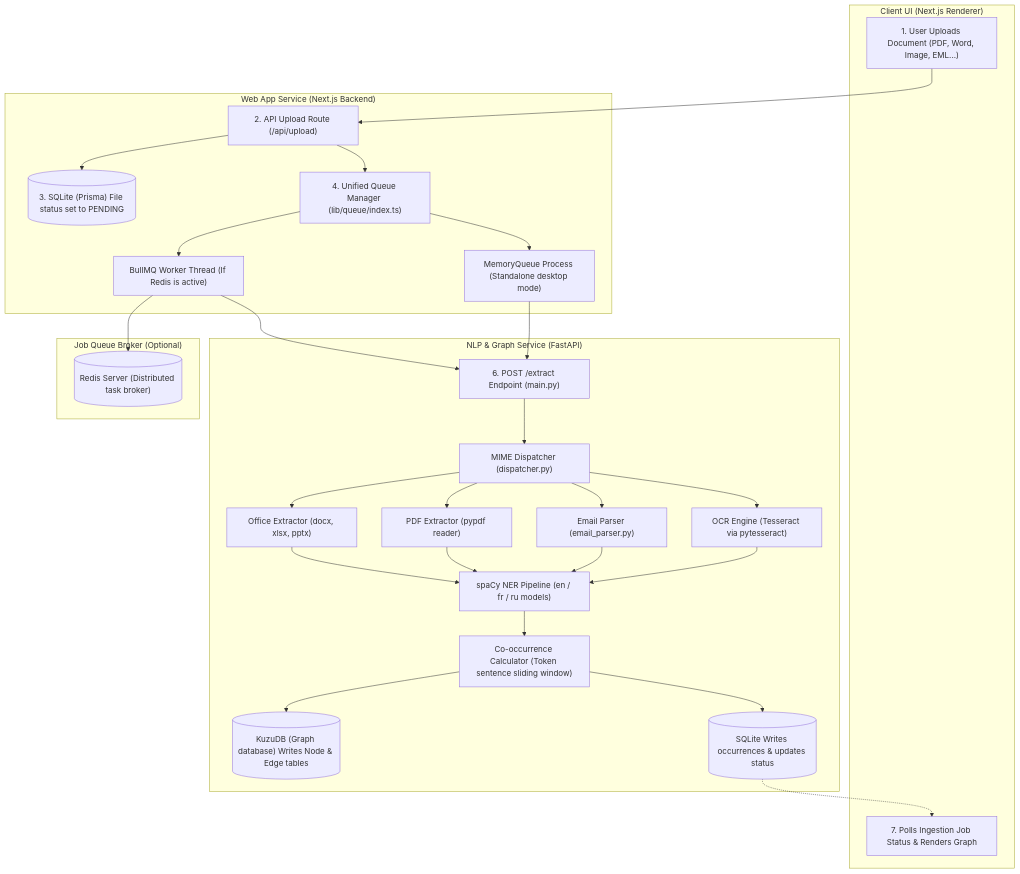
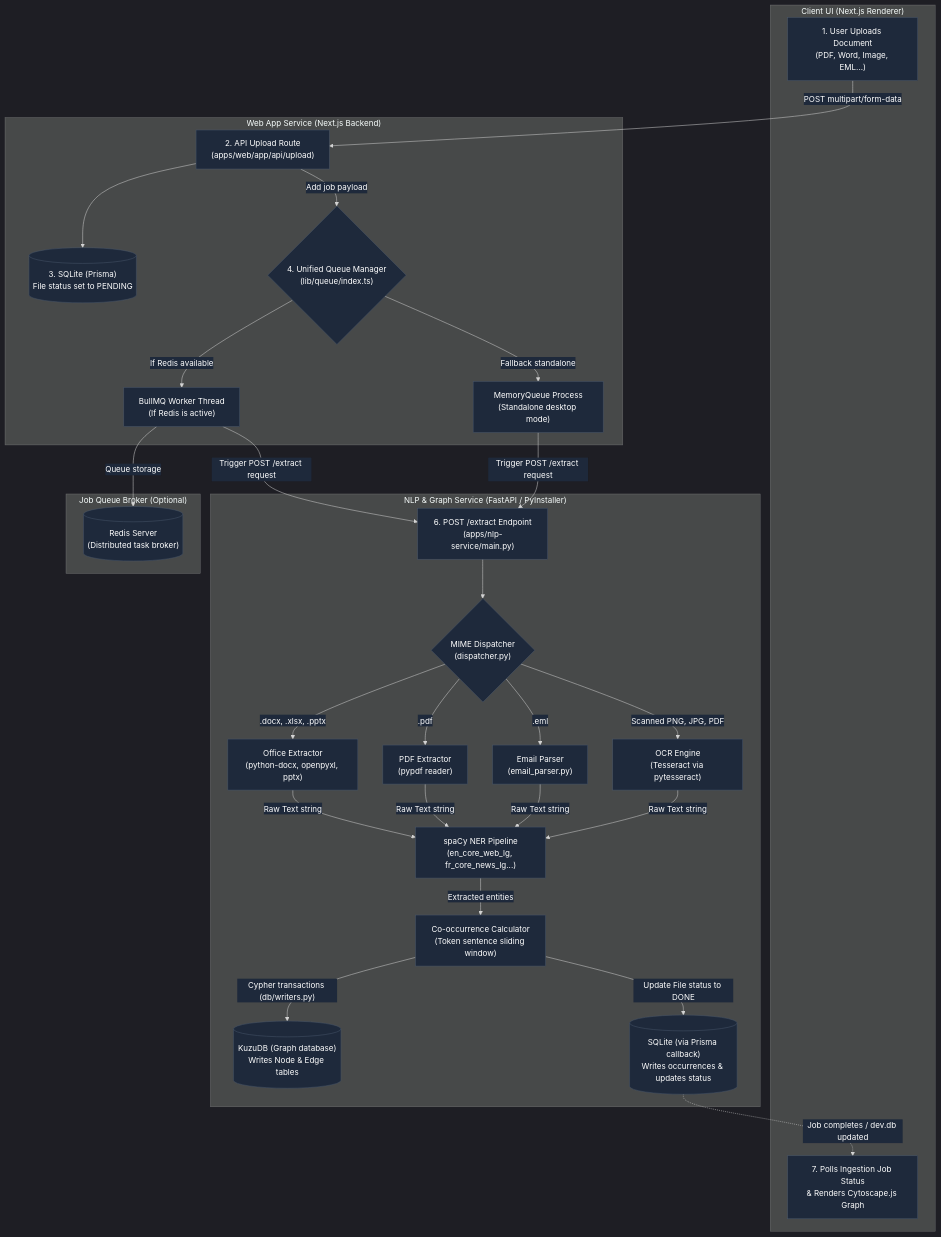
Before and after one commit to therealmaxence/Hackmanite: the fifth of 6 diagrams in website/src/content/wiki/9_Project_Architecture.md, drawn with Mermaid. The commit also changed other lines of this file and 16 other files, not shown here.

Commit message:
feat: automated build and release pipeline for desktop apps, versioning, and download portal

````diff
--- a/website/src/content/wiki/9_Project_Architecture.md
+++ b/website/src/content/wiki/9_Project_Architecture.md
@@ -198,63 +313,83 @@
 ```mermaid
+%%{init: {'theme': 'dark', 'themeVariables': { 'textColor': '#ffffff', 'edgeLabelBackground': '#1e293b' }}}%%
 graph TD
-    subgraph ClientUI["Client UI (Next.js Renderer)"]
-        Upload["1. User Uploads Document (PDF, Word, Image, EML...)"]
-        Status["7. Polls Ingestion Job Status & Renders Graph"]
+    subgraph "Client UI (Next.js Renderer)"
+        Upload["1. User Uploads Document<br>(PDF, Word, Image, EML...)" ]
+        Status["7. Polls Ingestion Job Status<br>& Renders Cytoscape.js Graph"]
     end
 
-    subgraph WebBackend["Web App Service (Next.js Backend)"]
-        APIRoute["2. API Upload Route (/api/upload)"]
-        SQLite_Pending[("3. SQLite (Prisma) File status set to PENDING")]
-        Unified_Queue["4. Unified Queue Manager (lib/queue/index.ts)"]
-        BullMQ_Driver["BullMQ Worker Thread (If Redis is active)"]
-        Memory_Driver["MemoryQueue Process (Standalone desktop mode)"]
+    subgraph "Web App Service (Next.js Backend)"
+        APIRoute["2. API Upload Route<br>(apps/web/app/api/upload)"]
+        SQLite_Pending[("3. SQLite (Prisma)<br>File status set to PENDING")]
+        Unified_Queue{"4. Unified Queue Manager<br>(lib/queue/index.ts)"}
+        BullMQ_Driver["BullMQ Worker Thread<br>(If Redis is active)"]
+        Memory_Driver["MemoryQueue Process<br>(Standalone desktop mode)"]
     end
 
-    subgraph QueueBroker["Job Queue Broker (Optional)"]
-        Redis_Broker[("Redis Server (Distributed task broker)")]
+    subgraph "Job Queue Broker (Optional)"
+        Redis_Broker[("Redis Server<br>(Distributed task broker)")]
     end
 
-    subgraph NLPService["NLP & Graph Service (FastAPI)"]
-        FastAPI_Extract["6. POST /extract Endpoint (main.py)"]
-        Dispatcher["MIME Dispatcher (dispatcher.py)"]
+    subgraph "NLP & Graph Service (FastAPI / PyInstaller)"
+        FastAPI_Extract["6. POST /extract Endpoint<br>(apps/nlp-service/main.py)"]
+        Dispatcher{"MIME Dispatcher<br>(dispatcher.py)"}
         
-        Parser_Office["Office Extractor (docx, xlsx, pptx)"]
-        Parser_PDF["PDF Extractor (pypdf reader)"]
-        Parser_Email["Email Parser (email_parser.py)"]
-        Parser_OCR["OCR Engine (Tesseract via pytesseract)"]
+        Parser_Office["Office Extractor<br>(python-docx, openpyxl, pptx)"]
+        Parser_PDF["PDF Extractor<br>(pypdf reader)"]
+        Parser_Email["Email Parser<br>(email_parser.py)"]
+        Parser_OCR["OCR Engine<br>(Tesseract via pytesseract)"]
 
-        spaCy_NER["spaCy NER Pipeline (en / fr / ru models)"]
-        CoOccur["Co-occurrence Calculator (Token sentence sliding window)"]
+        spaCy_NER["spaCy NER Pipeline<br>(en_core_web_lg, fr_core_news_lg...)" ]
+        CoOccur["Co-occurrence Calculator<br>(Token sentence sliding window)"]
         
-        Kuzu_Write[("KuzuDB (Graph database) Writes Node & Edge tables")]
-        SQLite_Write[("SQLite Writes occurrences & updates status")]
+        Kuzu_Write[("KuzuDB (Graph database)<br>Writes Node & Edge tables")]
+        SQLite_Write[("SQLite (via Prisma callback)<br>Writes occurrences & updates status")]
     end
 
-    Upload --> APIRoute
+    Upload -->|POST multipart/form-data| APIRoute
     APIRoute --> SQLite_Pending
-    APIRoute --> Unified_Queue
+    APIRoute -->|Add job payload| Unified_Queue
     
-    Unified_Queue --> BullMQ_Driver
-    Unified_Queue --> Memory_Driver
-    BullMQ_Driver --> Redis_Broker
+    Unified_Queue -->|If Redis available| BullMQ_Driver
+    Unified_Queue -->|Fallback standalone| Memory_Driver
+    BullMQ_Driver -->|Queue storage| Redis_Broker
     
-    BullMQ_Driver --> FastAPI_Extract
-    Memory_Driver --> FastAPI_Extract
+    BullMQ_Driver -->|Trigger POST /extract request| FastAPI_Extract
+    Memory_Driver -->|Trigger POST /extract request| FastAPI_Extract
     FastAPI_Extract --> Dispatcher
     
-    Dispatcher --> Parser_Office
-    Dispatcher --> Parser_PDF
-    Dispatcher --> Parser_Email
-    Dispatcher --> Parser_OCR
+    Dispatcher -->|.docx, .xlsx, .pptx| Parser_Office
+    Dispatcher -->|.pdf| Parser_PDF
+    Dispatcher -->|.eml| Parser_Email
+    Dispatcher -->|Scanned PNG, JPG, PDF| Parser_OCR
+    
+    Parser_Office -->|Raw Text string| spaCy_NER
+    Parser_PDF -->|Raw Text string| spaCy_NER
+    Parser_Email -->|Raw Text string| spaCy_NER
+    Parser_OCR -->|Raw Text string| spaCy_NER
 
-    Parser_Office --> spaCy_NER
-    Parser_PDF --> spaCy_NER
-    Parser_Email --> spaCy_NER
-    Parser_OCR --> spaCy_NER
+    spaCy_NER -->|Extracted entities| CoOccur
+    CoOccur -->|"Cypher transactions (db/writers.py)"| Kuzu_Write
+    CoOccur -->|Update File status to DONE| SQLite_Write
+    
+    SQLite_Write -.->|Job completes / dev.db updated| Status
 
-    spaCy_NER --> CoOccur
-    CoOccur --> Kuzu_Write
-    CoOccur --> SQLite_Write
-    
-    SQLite_Write -.-> Status
+    style Upload fill:#1e293b,stroke:#475569,stroke-width:1px,color:#fff
+    style Status fill:#1e293b,stroke:#475569,stroke-width:1px,color:#fff
+    style APIRoute fill:#1e293b,stroke:#475569,stroke-width:1px,color:#fff
+    style SQLite_Pending fill:#1e293b,stroke:#475569,stroke-width:1px,color:#fff
+    style Unified_Queue fill:#1e293b,stroke:#475569,stroke-width:1px,color:#fff
+    style BullMQ_Driver fill:#1e293b,stroke:#475569,stroke-width:1px,color:#fff
+    style Memory_Driver fill:#1e293b,stroke:#475569,stroke-width:1px,color:#fff
+    style Redis_Broker fill:#1e293b,stroke:#475569,stroke-width:1px,color:#fff
+    style FastAPI_Extract fill:#1e293b,stroke:#475569,stroke-width:1px,color:#fff
+    style Dispatcher fill:#1e293b,stroke:#475569,stroke-width:1px,color:#fff
+    style Parser_Office fill:#1e293b,stroke:#475569,stroke-width:1px,color:#fff
+    style Parser_PDF fill:#1e293b,stroke:#475569,stroke-width:1px,color:#fff
+    style Parser_Email fill:#1e293b,stroke:#475569,stroke-width:1px,color:#fff
+    style Parser_OCR fill:#1e293b,stroke:#475569,stroke-width:1px,color:#fff
+    style spaCy_NER fill:#1e293b,stroke:#475569,stroke-width:1px,color:#fff
+    style CoOccur fill:#1e293b,stroke:#475569,stroke-width:1px,color:#fff
+    style Kuzu_Write fill:#1e293b,stroke:#475569,stroke-width:1px,color:#fff
+    style SQLite_Write fill:#1e293b,stroke:#475569,stroke-width:1px,color:#fff
 ```
````
